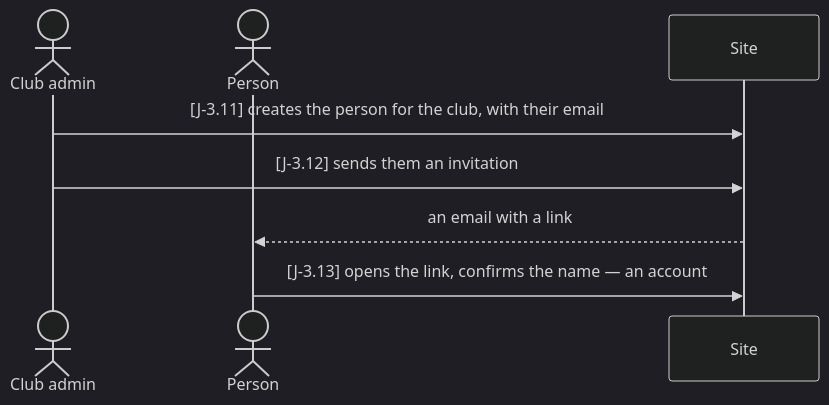
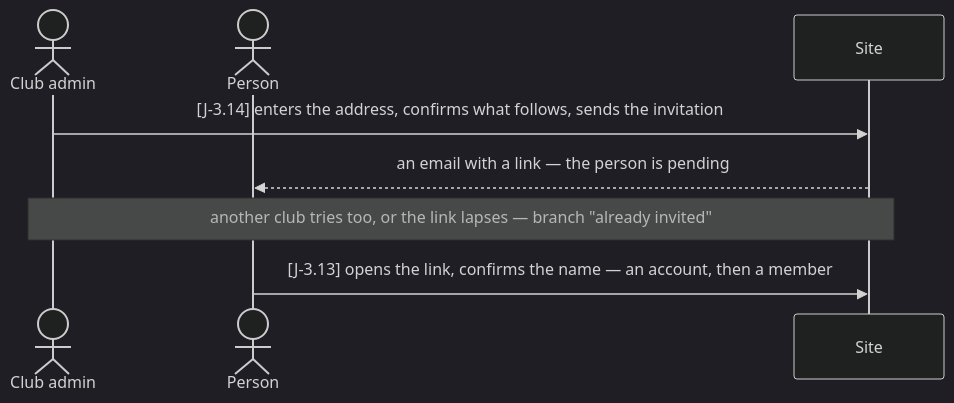
One commit to gundramleifert/segel-bundesliga changed the third of 7 diagrams in docs/journeys/member.md. Above: the diagram before and after it, drawn with Mermaid (dark theme). The commit also changed other lines of this file and 3 other files, not shown here.

First line of the commit message:
V-16: invitation is a pending membership — account first, then the club

````diff
--- a/docs/journeys/member.md
+++ b/docs/journeys/member.md
@@ -62,11 +63,11 @@
 ```mermaid
 sequenceDiagram
   actor CA as Club admin
   actor N as Person
   participant P as Site
 
-  CA->>P: [J-3.11] creates the person for the club, with their email
-  CA->>P: [J-3.12] sends them an invitation
-  P-->>N: an email with a link
-  N->>P: [J-3.13] opens the link, confirms the name — an account
+  CA->>P: [J-3.14] enters the address, confirms what follows, sends the invitation
+  P-->>N: an email with a link — the person is pending
+  Note over CA,P: another club tries too, or the link lapses — branch "already invited"
+  N->>P: [J-3.13] opens the link, confirms the name — an account, then a member
 ```
````
